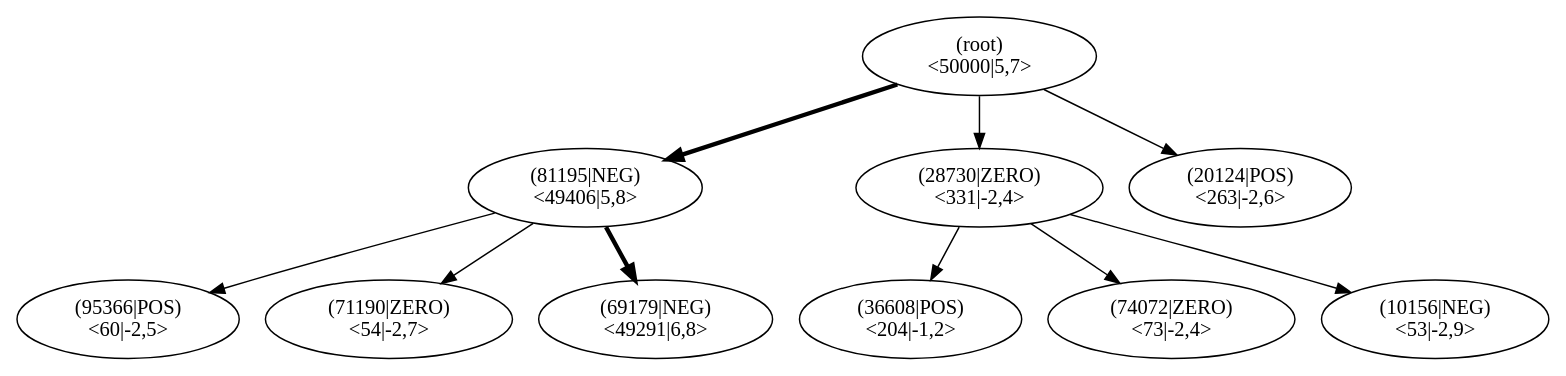
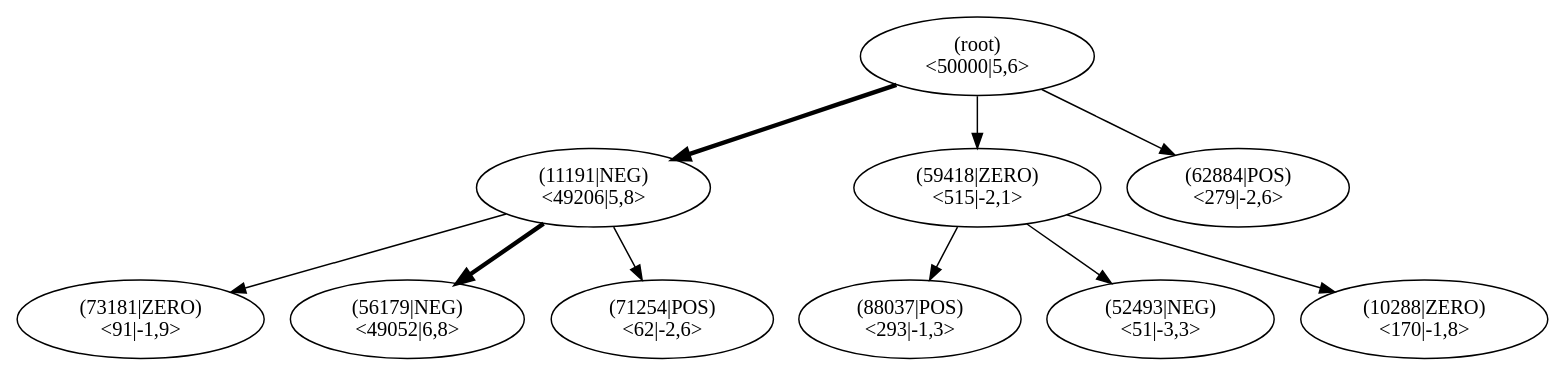
Before and after one commit to JonasHellgren/relexp-java: the diagram in pictures/ch13/lane_test_mcts.dot, drawn with Graphviz. The commit also changed 6 other files, not shown here.

```diff
--- a/pictures/ch13/lane_test_mcts.dot
+++ b/pictures/ch13/lane_test_mcts.dot
@@ -1,32 +1,32 @@
 digraph MCTS {
 node [shape=ellipse];
 Nroot [label="(root)
-<50000|5,7>"];
-Nroot -> N81195[penwidth=3];
-N81195 [label="(81195|NEG)
-<49406|5,8>"];
-N81195 -> N95366[penwidth=1];
-N95366 [label="(95366|POS)
-<60|-2,5>"];
-N81195 -> N71190[penwidth=1];
-N71190 [label="(71190|ZERO)
-<54|-2,7>"];
-N81195 -> N69179[penwidth=3];
-N69179 [label="(69179|NEG)
-<49291|6,8>"];
-Nroot -> N28730[penwidth=1];
-N28730 [label="(28730|ZERO)
-<331|-2,4>"];
-N28730 -> N36608[penwidth=1];
-N36608 [label="(36608|POS)
-<204|-1,2>"];
-N28730 -> N74072[penwidth=1];
-N74072 [label="(74072|ZERO)
-<73|-2,4>"];
-N28730 -> N10156[penwidth=1];
-N10156 [label="(10156|NEG)
-<53|-2,9>"];
-Nroot -> N20124[penwidth=1];
-N20124 [label="(20124|POS)
-<263|-2,6>"];
+<50000|5,6>"];
+Nroot -> N11191[penwidth=3];
+N11191 [label="(11191|NEG)
+<49206|5,8>"];
+N11191 -> N73181[penwidth=1];
+N73181 [label="(73181|ZERO)
+<91|-1,9>"];
+N11191 -> N56179[penwidth=3];
+N56179 [label="(56179|NEG)
+<49052|6,8>"];
+N11191 -> N71254[penwidth=1];
+N71254 [label="(71254|POS)
+<62|-2,6>"];
+Nroot -> N59418[penwidth=1];
+N59418 [label="(59418|ZERO)
+<515|-2,1>"];
+N59418 -> N88037[penwidth=1];
+N88037 [label="(88037|POS)
+<293|-1,3>"];
+N59418 -> N52493[penwidth=1];
+N52493 [label="(52493|NEG)
+<51|-3,3>"];
+N59418 -> N10288[penwidth=1];
+N10288 [label="(10288|ZERO)
+<170|-1,8>"];
+Nroot -> N62884[penwidth=1];
+N62884 [label="(62884|POS)
+<279|-2,6>"];
 }
```
